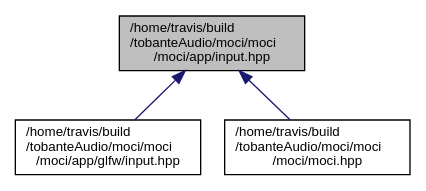
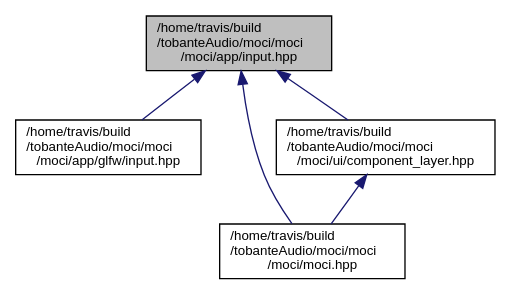
The diagram in input_8hpp__dep__incl.dot (tobanteAudio/moci), drawn with Graphviz before and after one commit. The commit also changed 93 other files, not shown here.

Commit message:
Deploy tobanteAudio/moci to github.com/tobanteAudio/moci.git:gh-pages

```diff
--- a/input_8hpp__dep__incl.dot
+++ b/input_8hpp__dep__incl.dot
@@ -1,10 +1,13 @@
 digraph "/home/travis/build/tobanteAudio/moci/moci/moci/app/input.hpp"
 {
   edge [fontname="Helvetica",fontsize="10",labelfontname="Helvetica",labelfontsize="10"];
   node [fontname="Helvetica",fontsize="10",shape=record];
   Node3 [label="/home/travis/build\l/tobanteAudio/moci/moci\l/moci/app/input.hpp",height=0.2,width=0.4,color="black", fillcolor="grey75", style="filled", fontcolor="black"];
   Node3 -> Node4 [dir="back",color="midnightblue",fontsize="10",style="solid",fontname="Helvetica"];
   Node4 [label="/home/travis/build\l/tobanteAudio/moci/moci\l/moci/app/glfw/input.hpp",height=0.2,width=0.4,color="black", fillcolor="white", style="filled",URL="$glfw_2input_8hpp.html"];
   Node3 -> Node5 [dir="back",color="midnightblue",fontsize="10",style="solid",fontname="Helvetica"];
   Node5 [label="/home/travis/build\l/tobanteAudio/moci/moci\l/moci/moci.hpp",height=0.2,width=0.4,color="black", fillcolor="white", style="filled",URL="$moci_8hpp.html"];
+  Node3 -> Node6 [dir="back",color="midnightblue",fontsize="10",style="solid",fontname="Helvetica"];
+  Node6 [label="/home/travis/build\l/tobanteAudio/moci/moci\l/moci/ui/component_layer.hpp",height=0.2,width=0.4,color="black", fillcolor="white", style="filled",URL="$component__layer_8hpp.html"];
+  Node6 -> Node5 [dir="back",color="midnightblue",fontsize="10",style="solid",fontname="Helvetica"];
 }
```
